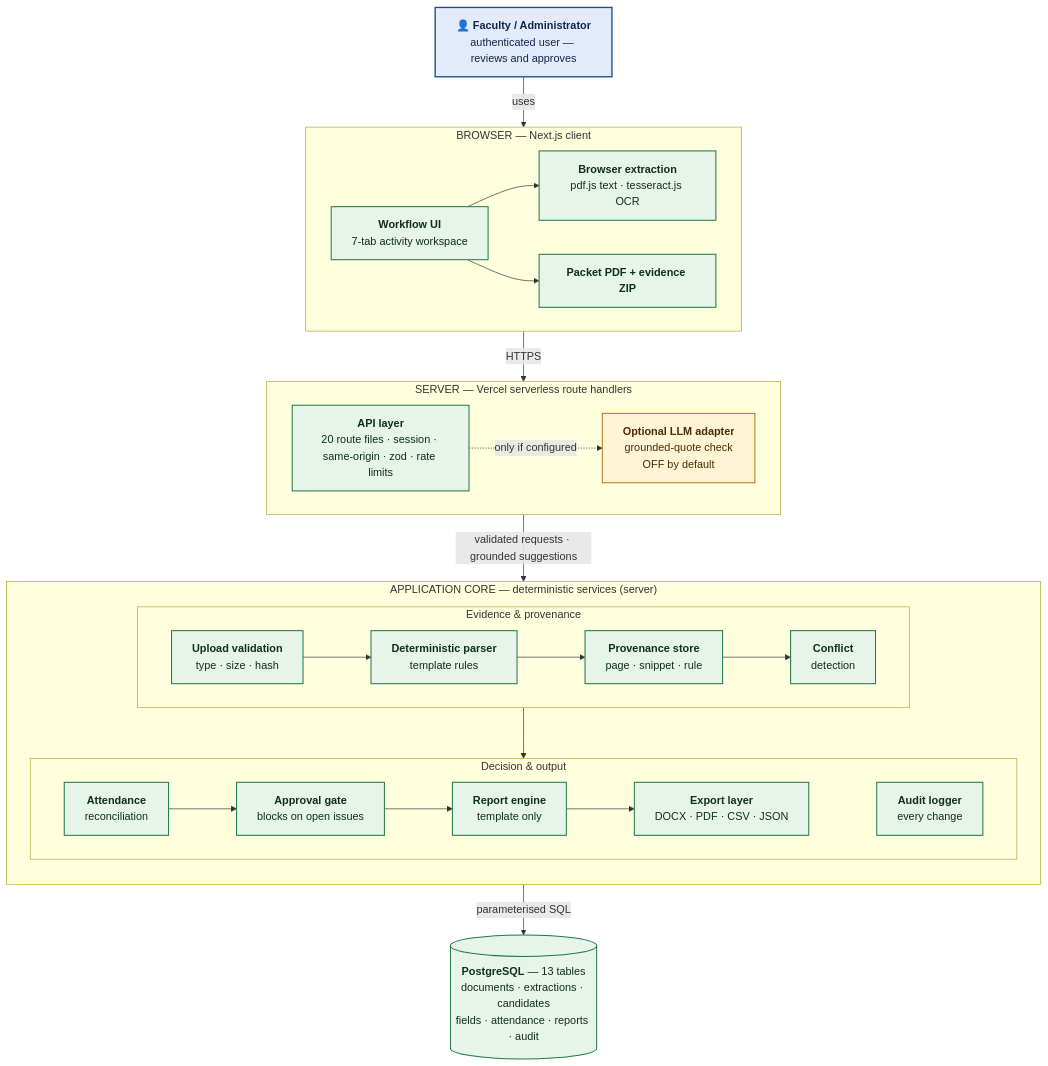
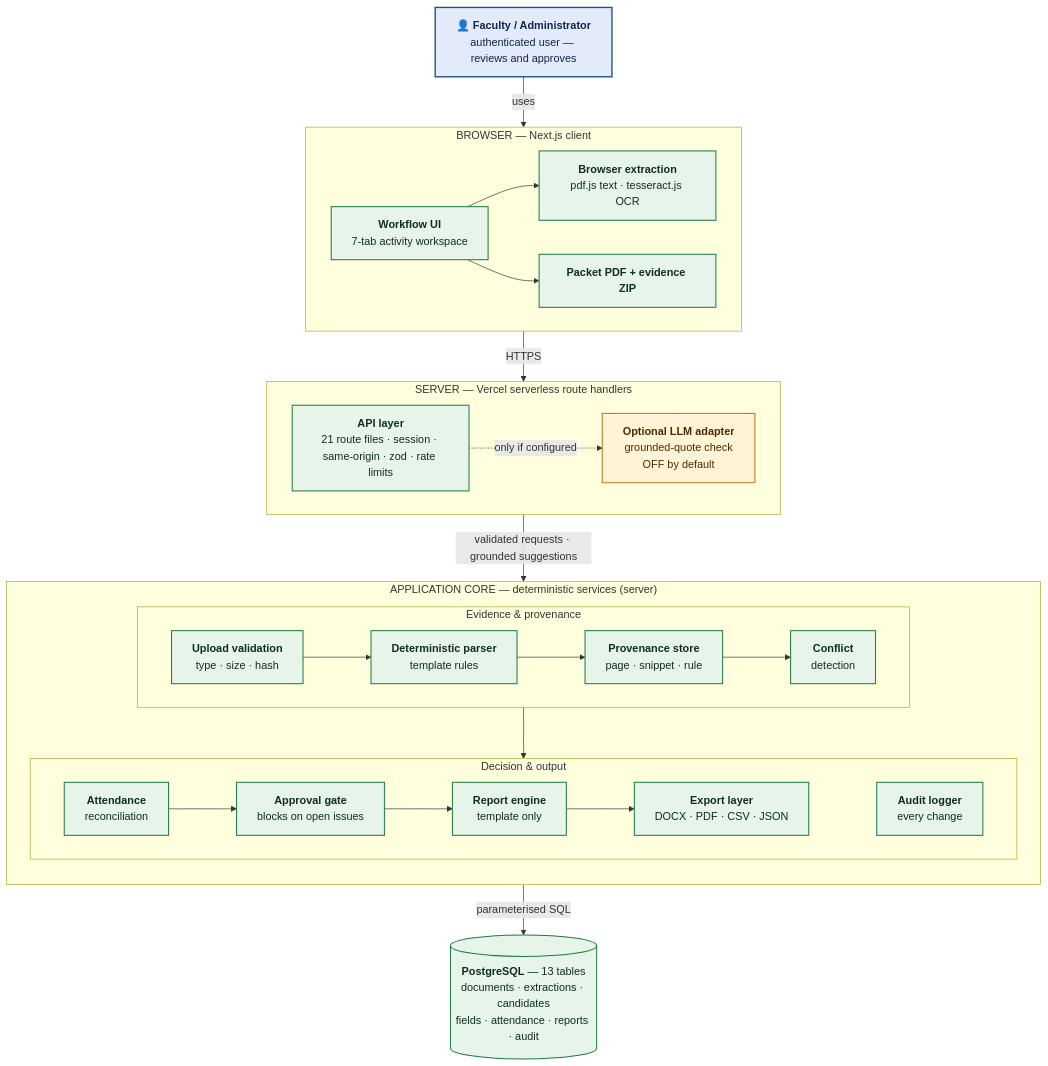
One commit to pgp41370-coder/college-operations-copilot changed the diagram in docs/architecture/system-architecture.mmd. Above: the diagram before and after it, drawn with Mermaid. The commit also changed 12 other files, not shown here.

First line of the commit message:
docs: architecture package reflects verified live deployment; local dev isolation documented

```diff
--- a/docs/architecture/system-architecture.mmd
+++ b/docs/architecture/system-architecture.mmd
@@ -1,56 +1,56 @@
 %% College Operations Copilot — system architecture (CURRENT IMPLEMENTATION)
 %% Legend (rendered beside the figure): green = implemented, amber = optional/off by default, blue = human control point.
 %% Derived from src/ at commit 7119b13. Solid arrows = request/data flow; dotted = optional path.
 flowchart TB
   USER["👤 <b>Faculty / Administrator</b><br/>authenticated user — reviews and approves"]:::human
 
   subgraph BROWSER["BROWSER — Next.js client"]
     direction LR
     UI["<b>Workflow UI</b><br/>7-tab activity workspace"]:::impl
     BX["<b>Browser extraction</b><br/>pdf.js text · tesseract.js OCR"]:::impl
     PK["<b>Packet PDF + evidence ZIP</b>"]:::impl
     UI --> BX
     UI --> PK
   end
 
   subgraph EDGE["SERVER — Vercel serverless route handlers"]
     direction LR
-    API["<b>API layer</b><br/>20 route files · session · same-origin · zod · rate limits"]:::impl
+    API["<b>API layer</b><br/>21 route files · session · same-origin · zod · rate limits"]:::impl
     AI["<b>Optional LLM adapter</b><br/>grounded-quote check<br/>OFF by default"]:::opt
     API -. "only if configured" .-> AI
   end
 
   subgraph CORE["APPLICATION CORE — deterministic services (server)"]
     direction TB
     subgraph EVID["Evidence & provenance"]
       direction LR
       ING["<b>Upload validation</b><br/>type · size · hash"]:::impl
       PAR["<b>Deterministic parser</b><br/>template rules"]:::impl
       PROV["<b>Provenance store</b><br/>page · snippet · rule"]:::impl
       CON["<b>Conflict</b><br/>detection"]:::impl
       ING --> PAR --> PROV --> CON
     end
     subgraph DEC["Decision & output"]
       direction LR
       REC["<b>Attendance</b><br/>reconciliation"]:::impl
       GATE["<b>Approval gate</b><br/>blocks on open issues"]:::impl
       REP["<b>Report engine</b><br/>template only"]:::impl
       EXP["<b>Export layer</b><br/>DOCX · PDF · CSV · JSON"]:::impl
       AUD["<b>Audit logger</b><br/>every change"]:::impl
       REC --> GATE --> REP --> EXP
       EXP ~~~ AUD
     end
     EVID --> DEC
   end
 
   DB[("<b>PostgreSQL</b> — 13 tables<br/>documents · extractions · candidates<br/>fields · attendance · reports · audit")]:::impl
 
   USER -- "uses" --> BROWSER
   BROWSER -- "HTTPS" --> EDGE
   EDGE -- "validated requests · grounded suggestions" --> CORE
   CORE -- "parameterised SQL" --> DB
 
   classDef impl fill:#e6f4ea,stroke:#1f7a45,stroke-width:1.5px,color:#0f2e1c
   classDef opt fill:#fff4d6,stroke:#b7791f,stroke-width:1.5px,color:#4a2c05
   classDef future fill:#f3f4f6,stroke:#6b7280,stroke-width:1.5px,stroke-dasharray:6 4,color:#374151
   classDef human fill:#e3ebfa,stroke:#1f4e8c,stroke-width:2px,color:#0f2649
```
